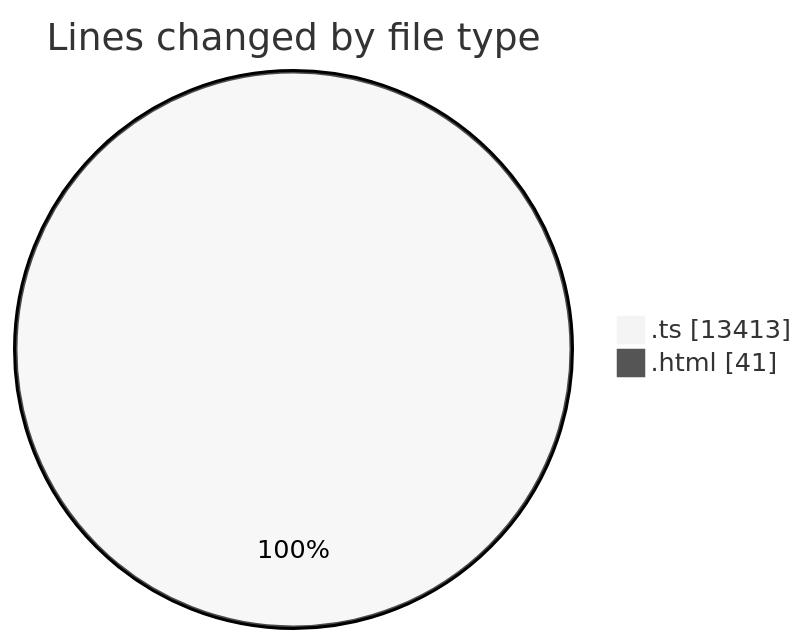
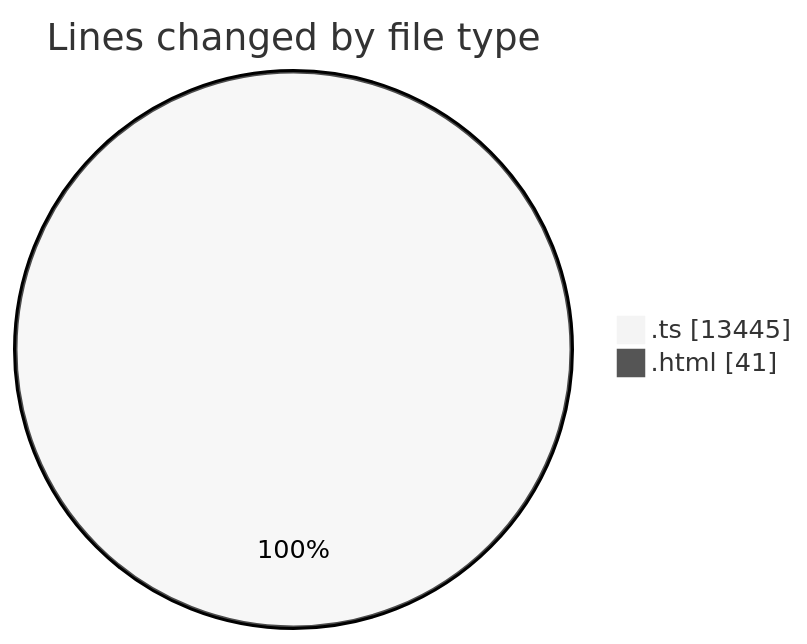
Before and after one commit to tmsrecording-cyber/code-tracking: the first of 2 diagrams in 2026-02-08/singularitybrainai/README.md, drawn with Mermaid (neutral theme). The commit also changed other lines of this file and 1 other file, not shown here.

````diff
--- a/2026-02-08/singularitybrainai/README.md
+++ b/2026-02-08/singularitybrainai/README.md
@@ -37,6 +37,6 @@
 ```mermaid
 pie showData
 title Lines changed by file type
-".ts" : 13413
+".ts" : 13445
 ".html" : 41
 ```
````
